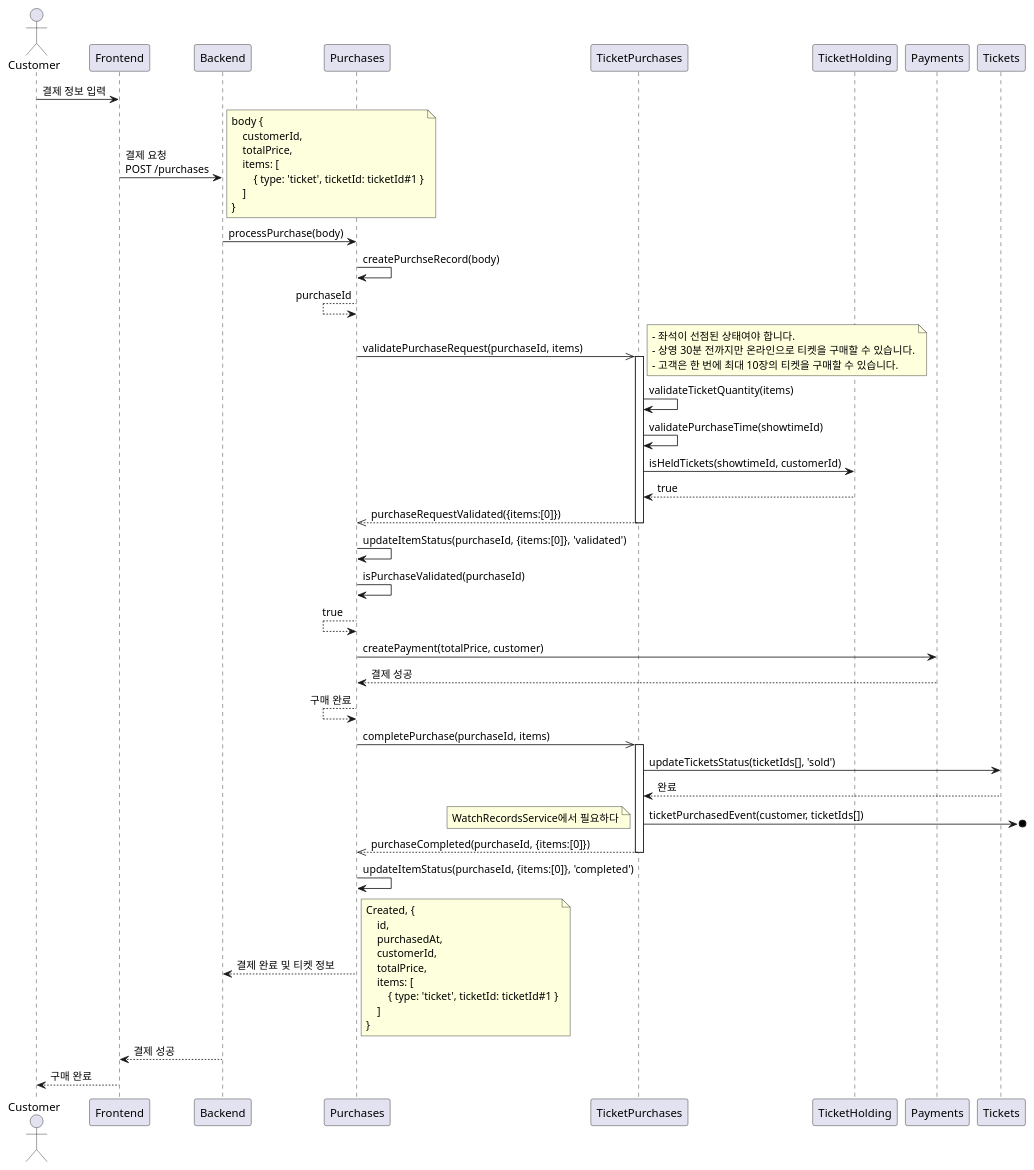
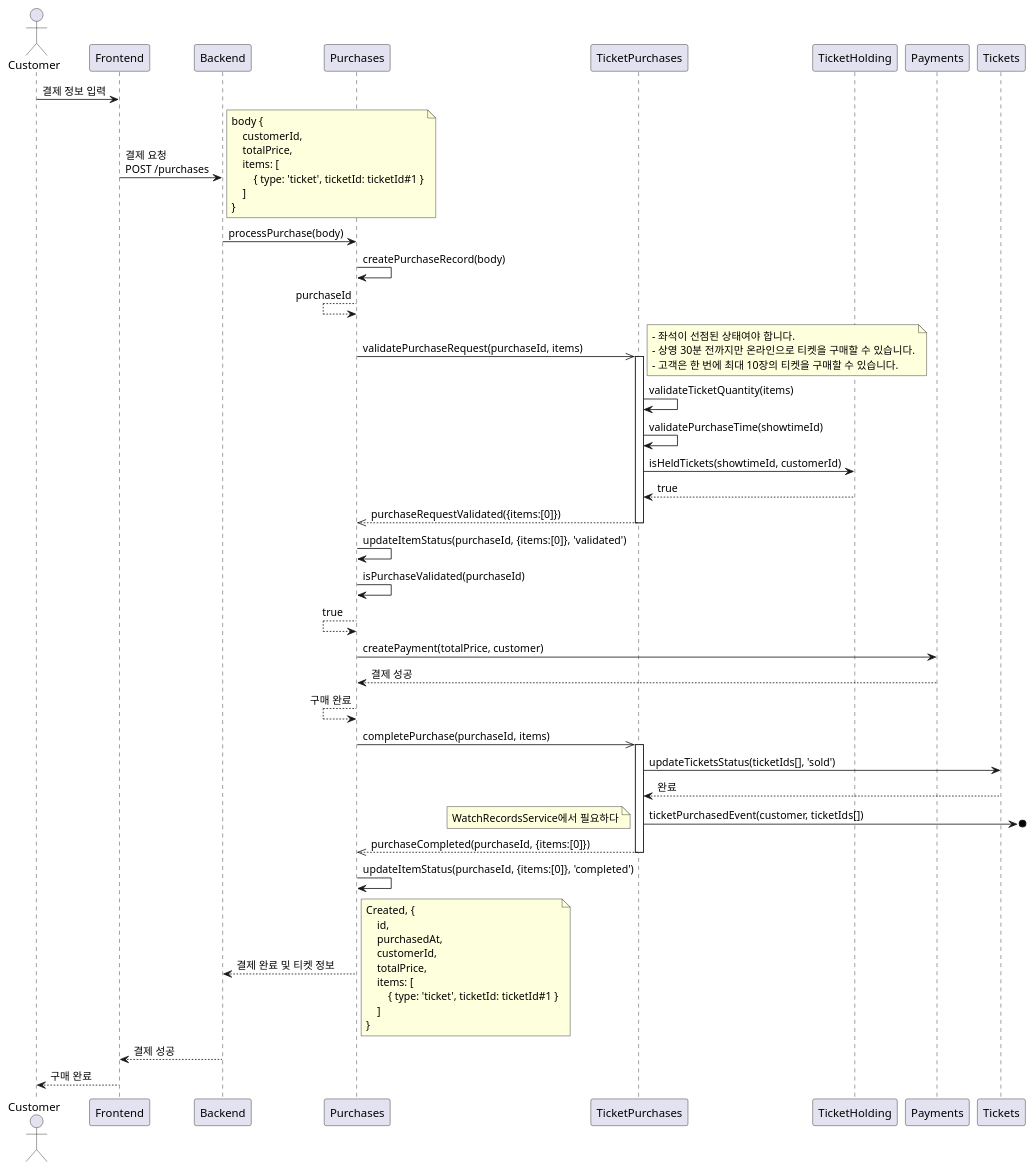
The third of 4 diagrams in docs/en/designs/tickets-purchase.md (mannercode/nest-seed), drawn with PlantUML before and after one commit. The commit also changed other lines of this file and 9 other files, not shown here.

Commit message:
purchse -> purchase

````diff
--- a/docs/en/designs/tickets-purchase.md
+++ b/docs/en/designs/tickets-purchase.md
@@ -181,64 +181,64 @@
 ```plantuml
 @startuml
 actor Customer
 
 Customer -> Frontend: 결제 정보 입력
     Frontend -> Backend: 결제 요청\nPOST /purchases
     note right
         body {
             customerId,
             totalPrice,
             items: [
                 { type: 'ticket', ticketId: ticketId#1 }
             ]
         }
     end note
         Backend -> Purchases: processPurchase(body)
-            Purchases -> Purchases: createPurchseRecord(body)
+            Purchases -> Purchases: createPurchaseRecord(body)
             Purchases <-- Purchases: purchaseId
             Purchases ->> TicketPurchases: validatePurchaseRequest(purchaseId, items)
             activate TicketPurchases
             note right
                 - 좌석이 선점된 상태여야 합니다.
                 - 상영 30분 전까지만 온라인으로 티켓을 구매할 수 있습니다.
                 - 고객은 한 번에 최대 10장의 티켓을 구매할 수 있습니다.
             end note
             TicketPurchases -> TicketPurchases: validateTicketQuantity(items)
             TicketPurchases -> TicketPurchases: validatePurchaseTime(showtimeId)
             TicketPurchases -> TicketHolding: isHeldTickets(showtimeId, customerId)
             TicketPurchases <-- TicketHolding: true
             Purchases <<-- TicketPurchases: purchaseRequestValidated({items:[0]})
             deactivate TicketPurchases
             Purchases -> Purchases: updateItemStatus(purchaseId, {items:[0]}, 'validated')
             Purchases -> Purchases: isPurchaseValidated(purchaseId)
             Purchases <-- Purchases: true
             Purchases -> Payments: createPayment(totalPrice, customer)
             Purchases <-- Payments: 결제 성공
             Purchases <-- Purchases: 구매 완료
             Purchases ->> TicketPurchases: completePurchase(purchaseId, items)
             activate TicketPurchases
                 TicketPurchases -> Tickets: updateTicketsStatus(ticketIds[], 'sold')
                 TicketPurchases <-- Tickets: 완료
                 TicketPurchases ->o]: ticketPurchasedEvent(customer, ticketIds[])
                 note left
                     WatchRecordsService에서 필요하다
                 end note
             Purchases <<-- TicketPurchases: purchaseCompleted(purchaseId, {items:[0]})
             deactivate TicketPurchases
             Purchases -> Purchases: updateItemStatus(purchaseId, {items:[0]}, 'completed')
         Backend <-- Purchases: 결제 완료 및 티켓 정보
         note right
             Created, {
                 id,
                 purchasedAt,
                 customerId,
                 totalPrice,
                 items: [
                     { type: 'ticket', ticketId: ticketId#1 }
                 ]
             }
         end note
     Frontend <-- Backend: 결제 성공
 Customer <-- Frontend: 구매 완료
 @enduml
 ```
````
